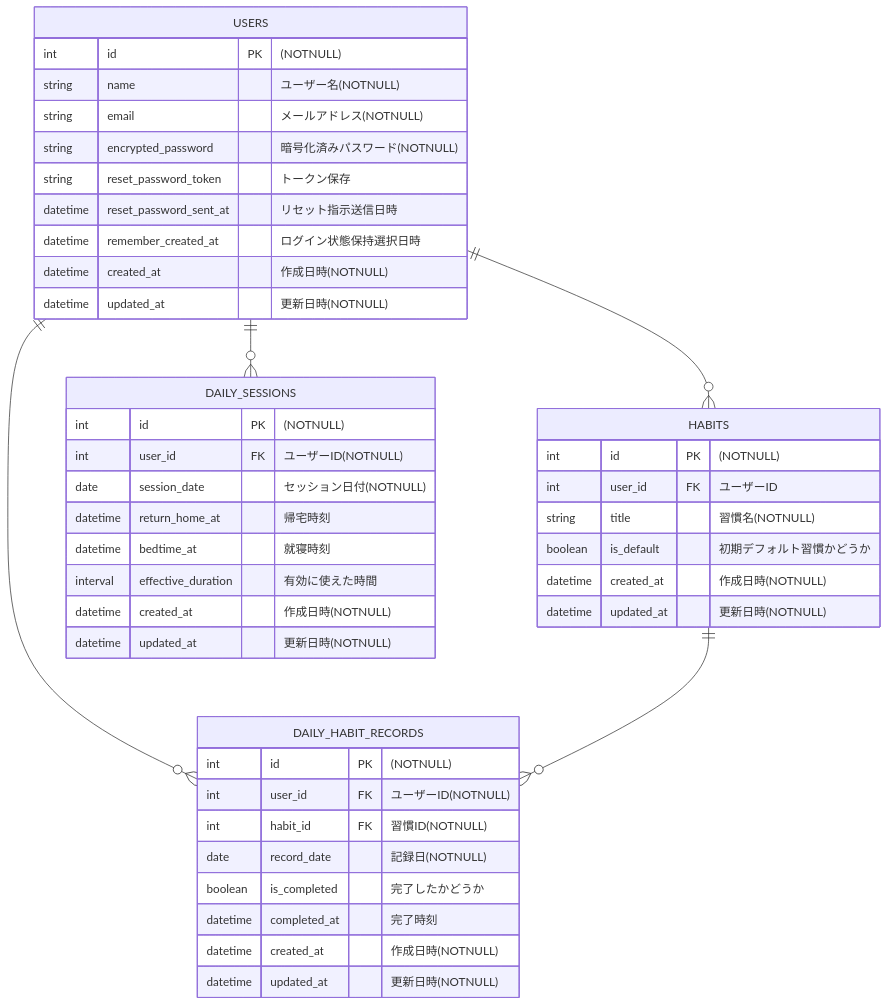
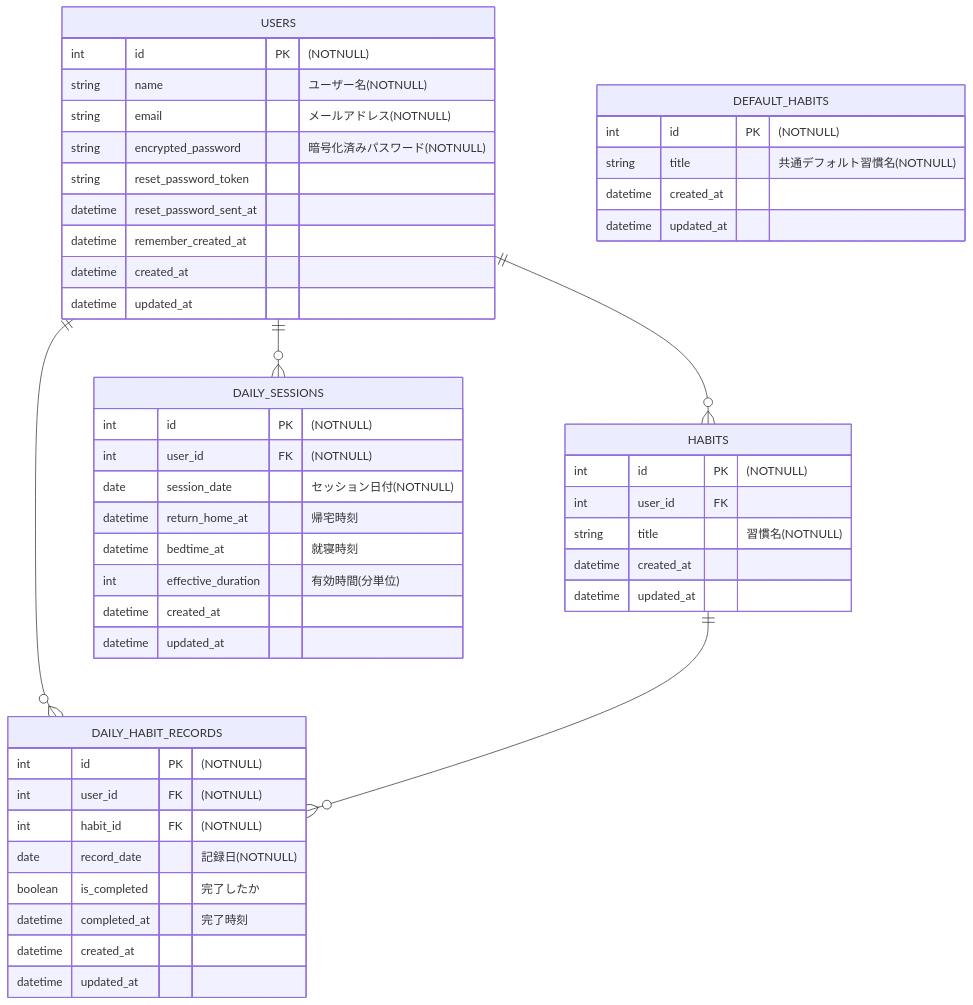
One commit to kazuhide0413/jikantsukurun changed the diagram in README.md. Above: the diagram before and after it, drawn with Mermaid.

Commit message:
ER図を最新版に修正

````diff
--- a/README.md
+++ b/README.md
@@ -114,47 +112,58 @@
 ```mermaid
 erDiagram
-	direction TB
-	USERS {
-		int id PK "(NOTNULL)"
-		string name "ユーザー名(NOTNULL)"
-		string email "メールアドレス(NOTNULL)"
-		string encrypted_password "暗号化済みパスワード(NOTNULL)"
-		string reset_password_token "トークン保存"
-		datetime reset_password_sent_at "リセット指示送信日時"
-		datetime remember_created_at "ログイン状態保持選択日時"
-		datetime created_at "作成日時(NOTNULL)"
-		datetime updated_at "更新日時(NOTNULL)"
-	}
-	HABITS {
-		int id PK "(NOTNULL)"
-		int user_id FK "ユーザーID"
-		string title "習慣名(NOTNULL)"
-		boolean is_default "初期デフォルト習慣かどうか"
-		datetime created_at "作成日時(NOTNULL)"
-		datetime updated_at "更新日時(NOTNULL)"
-	}
+    direction TB
+
+    USERS {
+        int id PK "(NOTNULL)"
+        string name "ユーザー名(NOTNULL)"
+        string email "メールアドレス(NOTNULL)"
+        string encrypted_password "暗号化済みパスワード(NOTNULL)"
+        string reset_password_token
+        datetime reset_password_sent_at
+        datetime remember_created_at
+        datetime created_at
+        datetime updated_at
+    }
+
+    HABITS {
+        int id PK "(NOTNULL)"
+        int user_id FK
+        string title "習慣名(NOTNULL)"
+        datetime created_at
+        datetime updated_at
+    }
+
     DAILY_HABIT_RECORDS {
         int id PK "(NOTNULL)"
-        int user_id FK "ユーザーID(NOTNULL)"
-        int habit_id FK "習慣ID(NOTNULL)"
+        int user_id FK "(NOTNULL)"
+        int habit_id FK "(NOTNULL)"
         date record_date "記録日(NOTNULL)"
-        boolean is_completed "完了したかどうか"
+        boolean is_completed "完了したか"
         datetime completed_at "完了時刻"
-        datetime created_at "作成日時(NOTNULL)"
-        datetime updated_at "更新日時(NOTNULL)"
+        datetime created_at
+        datetime updated_at
     }
+
     DAILY_SESSIONS {
         int id PK "(NOTNULL)"
-        int user_id FK "ユーザーID(NOTNULL)"
+        int user_id FK "(NOTNULL)"
         date session_date "セッション日付(NOTNULL)"
         datetime return_home_at "帰宅時刻"
         datetime bedtime_at "就寝時刻"
-        interval effective_duration "有効に使えた時間"
-        datetime created_at "作成日時(NOTNULL)"
-        datetime updated_at "更新日時(NOTNULL)"
+        int effective_duration "有効時間(分単位)"
+        datetime created_at
+        datetime updated_at
     }
+
+    DEFAULT_HABITS {
+        int id PK "(NOTNULL)"
+        string title "共通デフォルト習慣名(NOTNULL)"
+        datetime created_at
+        datetime updated_at
+    }
+
     USERS ||--o{ HABITS : ""
     USERS ||--o{ DAILY_HABIT_RECORDS : ""
     USERS ||--o{ DAILY_SESSIONS : ""
     HABITS ||--o{ DAILY_HABIT_RECORDS : ""
 ```
````
